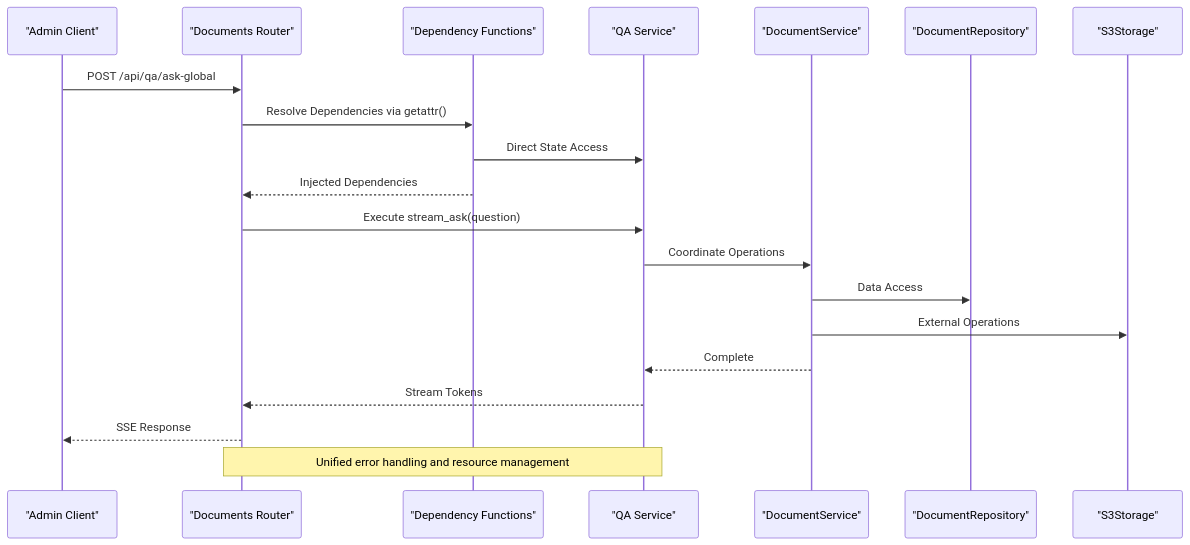
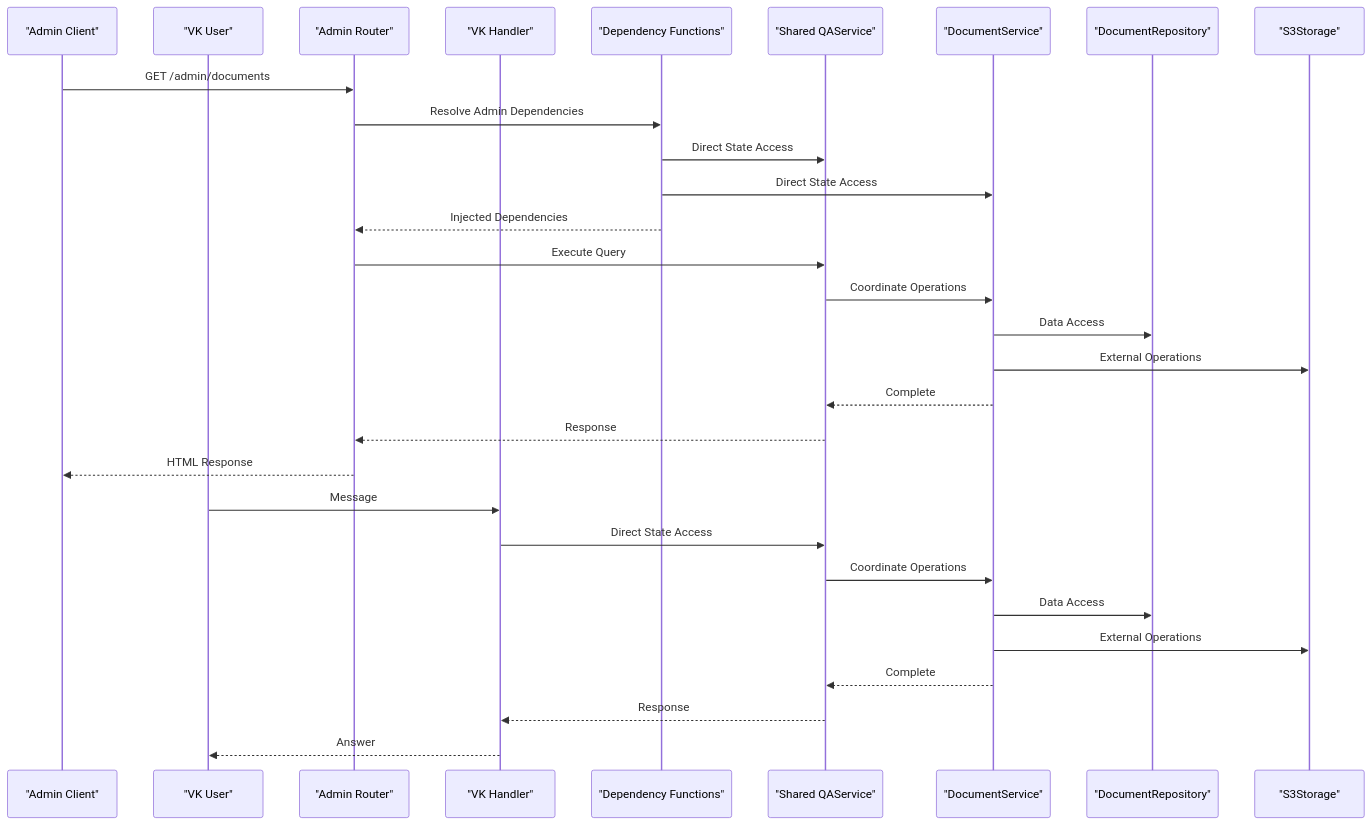
Before and after one commit to ognelis/cafetera_hr_bot: the sixth of 9 diagrams in .qoder/repowiki/en/content/API Reference/Dependency Injection System.md, drawn with Mermaid. The commit also changed other lines of this file and 25 other files, not shown here.

````diff
--- a/.qoder/repowiki/en/content/API Reference/Dependency Injection System.md
+++ b/.qoder/repowiki/en/content/API Reference/Dependency Injection System.md
@@ -371,22 +357,32 @@
 ```mermaid
 sequenceDiagram
-participant Client as "Admin Client"
-participant Router as "Documents Router"
+participant AdminClient as "Admin Client"
+participant VKClient as "VK User"
+participant AdminRouter as "Admin Router"
+participant VKHandler as "VK Handler"
 participant Deps as "Dependency Functions"
-participant QAService as "QA Service"
-participant Service as "DocumentService"
+participant QAService as "Shared QAService"
+participant DocService as "DocumentService"
 participant Repo as "DocumentRepository"
 participant S3 as "S3Storage"
-Client->>Router : POST /api/qa/ask-global
-Router->>Deps : Resolve Dependencies via getattr()
+AdminClient->>AdminRouter : GET /admin/documents
+AdminRouter->>Deps : Resolve Admin Dependencies
 Deps->>QAService : Direct State Access
-Deps-->>Router : Injected Dependencies
-Router->>QAService : Execute stream_ask(question)
-QAService->>Service : Coordinate Operations
-Service->>Repo : Data Access
-Service->>S3 : External Operations
-Service-->>QAService : Complete
-QAService-->>Router : Stream Tokens
-Router-->>Client : SSE Response
-Note over Router,QAService : Unified error handling and resource management
+Deps->>DocService : Direct State Access
+Deps-->>AdminRouter : Injected Dependencies
+AdminRouter->>QAService : Execute Query
+QAService->>DocService : Coordinate Operations
+DocService->>Repo : Data Access
+DocService->>S3 : External Operations
+DocService-->>QAService : Complete
+QAService-->>AdminRouter : Response
+AdminRouter-->>AdminClient : HTML Response
+VKClient->>VKHandler : Message
+VKHandler->>QAService : Direct State Access
+QAService->>DocService : Coordinate Operations
+DocService->>Repo : Data Access
+DocService->>S3 : External Operations
+DocService-->>QAService : Complete
+QAService-->>VKHandler : Response
+VKHandler-->>VKClient : Answer
 ```
````
